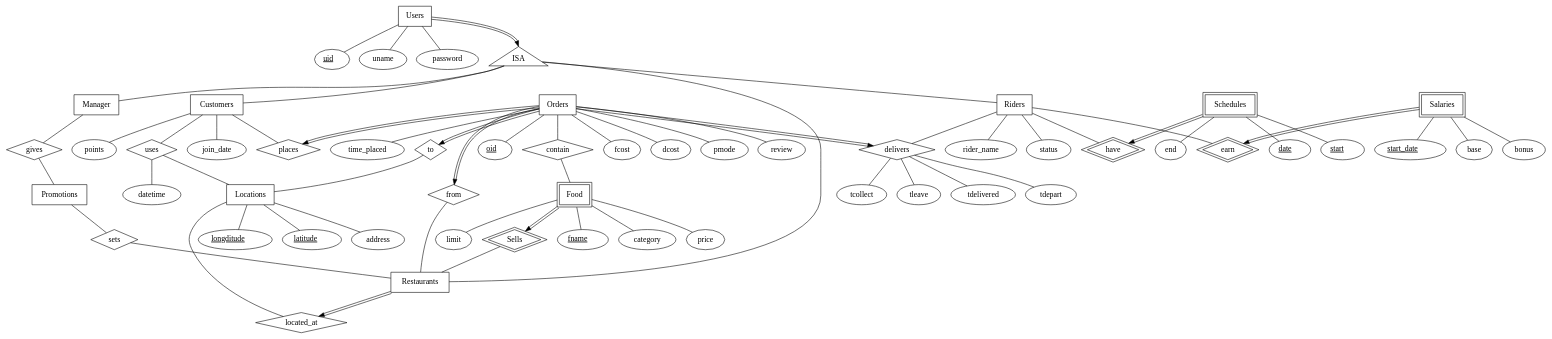
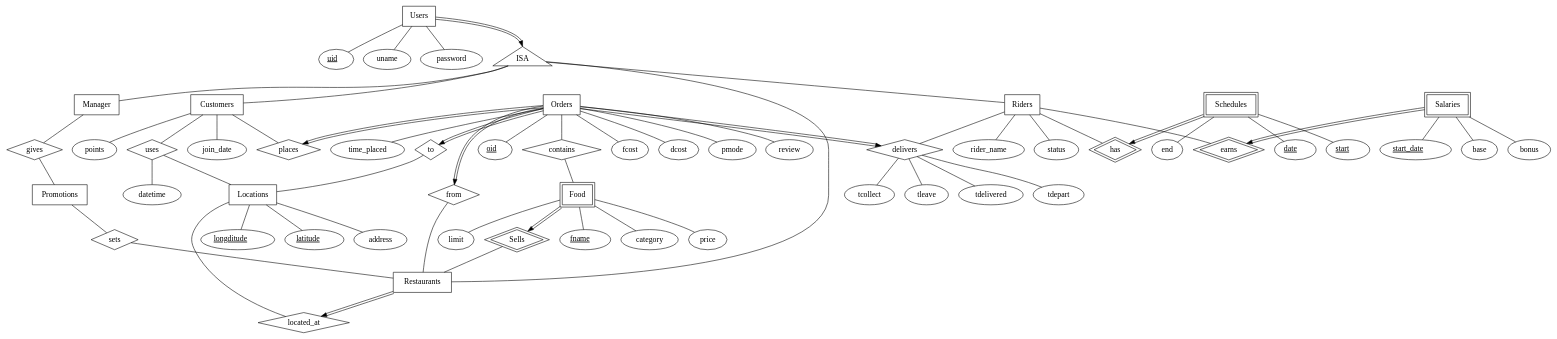
The diagram in ER.dot (AY1920S2-CS2102-Team16/Food-Delivery-Service), drawn with Graphviz before and after one commit. The commit also changed 1 other file, not shown here.

Commit message:
fix order, from, contain

```diff
--- a/ER.dot
+++ b/ER.dot
@@ -1,116 +1,116 @@
 digraph G {
     
   Users [shape=box]
     uid [label=<<u> uid </u>>]
     Users -> uid [arrowhead=none]
     Users -> uname [arrowhead=none]
     Users -> password [arrowhead=none]
   
   
   ISA [shape=triangle]
   
   
   Manager [shape=box]
   gives [shape=diamond]
   Promotions [shape=box]
   sets [shape=diamond]
   
   
   Restaurants [shape=box]
   Sells [shape=diamond peripheries=2]
   Food [shape=box peripheries=2]
     fname [label=<<u> fname </u>>]
     Food -> fname [arrowhead=none]
     Food -> category [arrowhead=none]
     Food -> price [arrowhead=none]
     Food -> limit [arrowhead=none]
   located_at [shape=diamond]
   
   Locations [shape=box]
     lon [label=<<u> longditude </u>>]
     lat [label=<<u> latitude </u>>]
     Locations -> lon [arrowhead=none]
     Locations -> lat [arrowhead=none]
     Locations -> address [arrowhead=none]
   
   Customers [shape=box]
     Customers -> join_date [arrowhead=none]
     Customers -> points [arrowhead=none]
   uses [shape=diamond]
     uses -> datetime [arrowhead=none]
   places [shape=diamond]
   Orders [shape=box]
     oid [label=<<u> oid </u>>]
     Orders -> oid [arrowhead=none]
     Orders -> fcost [arrowhead=none]
     Orders -> dcost [arrowhead=none]
     Orders -> pmode [arrowhead=none]
     Orders -> review [arrowhead=none]
     Orders -> time_placed [arrowhead=none]
   from [shape=diamond]
   to [shape=diamond]
-  contain [shape=diamond]
+  contains [shape=diamond]
     
   Riders [shape=box]
     Riders -> rider_name [arrowhead=none]
     Riders -> status [arrowhead=none]
   delivers [shape=diamond]
     delivers -> tdepart [arrowhead=none]
     delivers -> tcollect [arrowhead=none]
     delivers -> tleave [arrowhead=none]
     delivers -> tdelivered [arrowhead=none]
-  have [shape=diamond peripheries=2]
+  has [shape=diamond peripheries=2]
   Schedules [shape=box peripheries=2]
     Schdate [label=<<u> date </u>>]
     Schstart [label=<<u> start </u>>]
     Schedules -> Schdate [arrowhead=none]
     Schedules -> Schstart [arrowhead=none]
     Schedules -> end [arrowhead=none]
-  earn [shape=diamond peripheries=2]
+  earns [shape=diamond peripheries=2]
   Salaries [shape=box peripheries=2]
     start_date [label=<<u> start_date </u>>]
     Salaries -> start_date [arrowhead=none]
     Salaries -> base [arrowhead=none]
     Salaries -> bonus [arrowhead=none]
     
   
   Users -> ISA [color="black:invis:black" headport=n]
   
   ISA -> Manager[arrowhead=none]
   ISA -> Restaurants[arrowhead=none]
   ISA -> Customers[arrowhead=none]
   ISA -> Riders[arrowhead=none]
   
   Manager -> gives [arrowhead=none]
   gives -> Promotions [arrowhead=none]
   
   
   Food -> Sells [color="black:invis:black"]
   Sells -> Restaurants [arrowhead=none]
   
   Locations -> located_at [arrowhead=none]
   Restaurants -> located_at [color="black:invis:black"]
   Promotions -> sets [arrowhead=none]
   sets -> Restaurants [arrowhead=none]
   
   Customers -> places [arrowhead=none]
   Orders -> places [color="black:invis:black"]
   Orders -> delivers [color="black:invis:black"]
   Customers -> uses [arrowhead=none]
   uses -> Locations [arrowhead=none]
   Orders -> to [color="black:invis:black"]
   to -> Locations [arrowhead=none]
   Orders -> from [color="black:invis:black"]
   from -> Restaurants [arrowhead=none]
-  Orders -> contain [arrowhead=none]
-  contain -> Food [arrowhead=none]
+  Orders -> contains [arrowhead=none]
+  contains -> Food [arrowhead=none]
   
   
   
   Riders -> delivers [arrowhead=none]
-  Riders -> have [arrowhead=none]
-  Schedules -> have [color="black:invis:black"]
-  Salaries -> earn [color="black:invis:black"]
-  Riders -> earn [arrowhead=none]
+  Riders -> has [arrowhead=none]
+  Schedules -> has [color="black:invis:black"]
+  Salaries -> earns [color="black:invis:black"]
+  Riders -> earns [arrowhead=none]
   
 }
```
